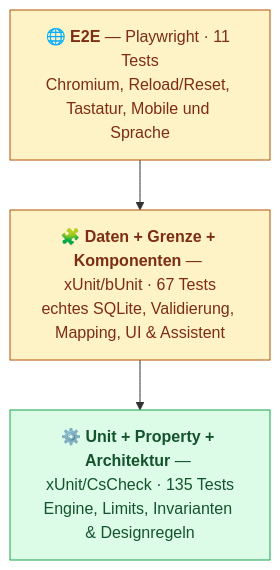
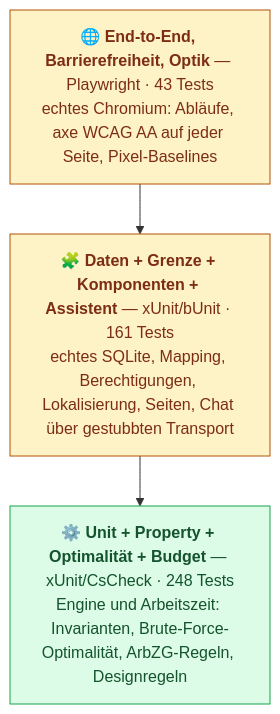
Before and after one commit to aco993/WorkPlanStudio: the diagram in docs/TESTING.de.md, drawn with Mermaid. The commit also changed other lines of this file and 8 other files, not shown here.

````diff
--- a/docs/TESTING.de.md
+++ b/docs/TESTING.de.md
@@ -14,13 +13,13 @@
 ```mermaid
 graph TD
-    E2E["🌐 <b>E2E</b> — Playwright · 11 Tests<br/>Chromium, Reload/Reset, Tastatur, Mobile und Sprache"]
-    WEB["🧩 <b>Daten + Grenze + Komponenten</b> — xUnit/bUnit · 67 Tests<br/>echtes SQLite, Validierung, Mapping, UI &amp; Assistent"]
-    UNIT["⚙️ <b>Unit + Property + Architektur</b> — xUnit/CsCheck · 135 Tests<br/>Engine, Limits, Invarianten &amp; Designregeln"]
+    E2E["🌐 <b>End-to-End, Barrierefreiheit, Optik</b> — Playwright · 43 Tests<br/>echtes Chromium: Abläufe, axe WCAG AA auf jeder Seite, Pixel-Baselines"]
+    WEB["🧩 <b>Daten + Grenze + Komponenten + Assistent</b> — xUnit/bUnit · 161 Tests<br/>echtes SQLite, Mapping, Berechtigungen, Lokalisierung, Seiten, Chat über gestubbten Transport"]
+    UNIT["⚙️ <b>Unit + Property + Optimalität + Budget</b> — xUnit/CsCheck · 248 Tests<br/>Engine und Arbeitszeit: Invarianten, Brute-Force-Optimalität, ArbZG-Regeln, Designregeln"]
 
     E2E --> WEB --> UNIT
 
     classDef fast fill:#dcfce7,stroke:#16a34a,color:#14532d;
     classDef slow fill:#fef3c7,stroke:#b45309,color:#7c2d12;
     class UNIT fast;
     class WEB,E2E slow;
 ```
````
